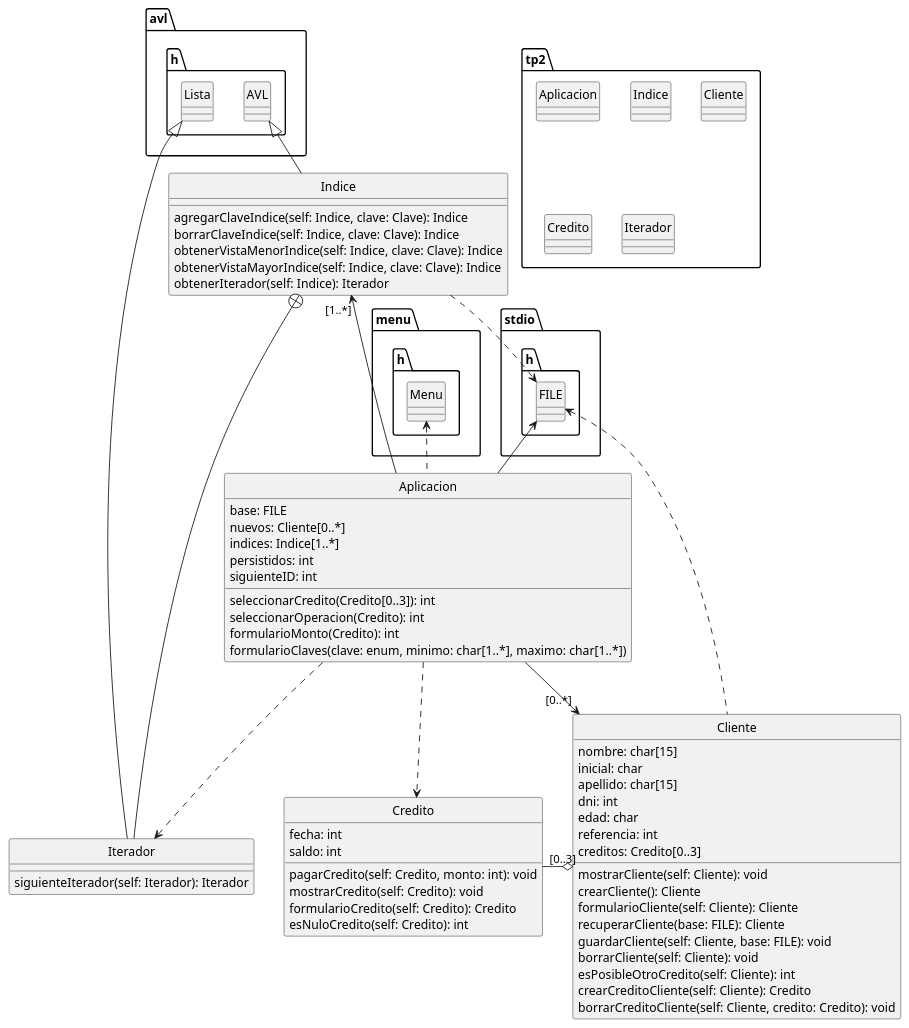
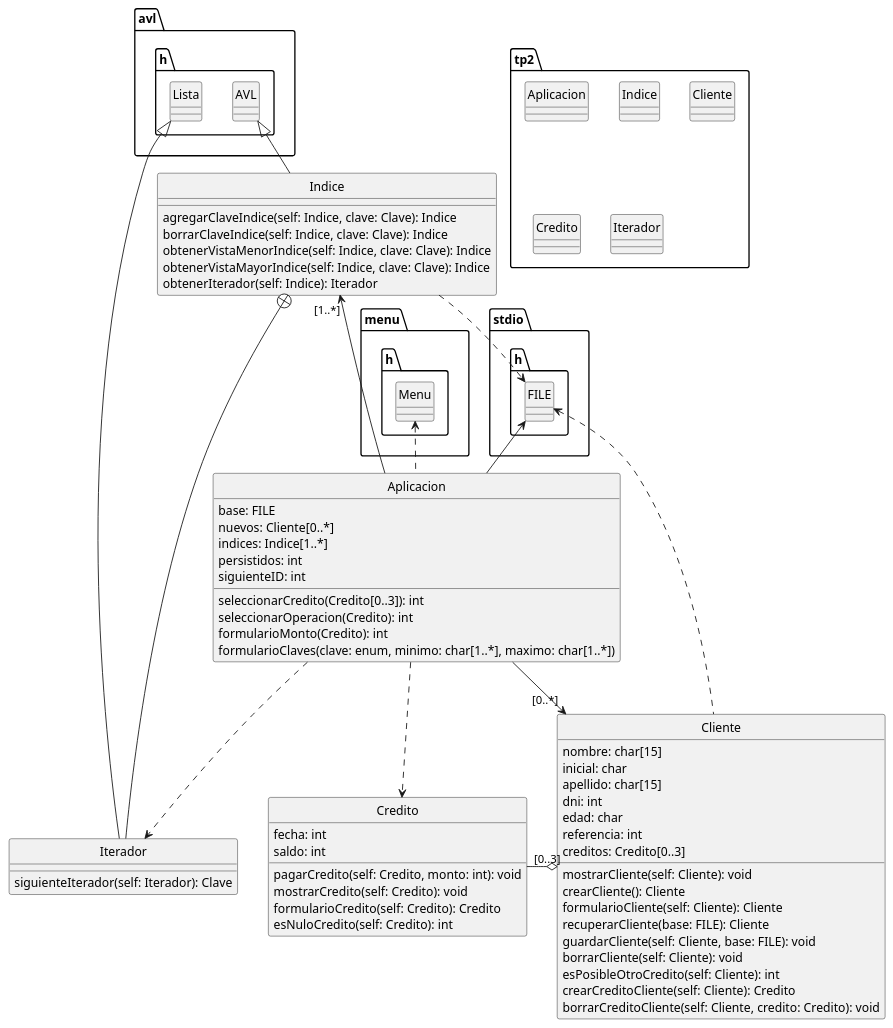
Before and after one commit to HeraclitoDeEfeso/TP-final-parte-2: the diagram in diagrama.puml, drawn with PlantUML. The commit also changed 3 other files, not shown here.

Commit message:
Indice: documentación, UML

```diff
--- a/diagrama.puml
+++ b/diagrama.puml
@@ -1,91 +1,91 @@
 @startuml
 
 package tp2 <<Folder>> {
     class Aplicacion
     class Indice
     class Cliente
     class Credito
     class Iterador
 }
 
 package stdio.h <<Folder>> {
     class FILE
 }
 
 package avl.h <<Folder>> {
     class AVL
     class Lista
 }
 
 package menu.h <<Folder>> {
     class Menu
 }
 
 class Aplicacion {
 	base: FILE
 	nuevos: Cliente[0..*]
 	indices: Indice[1..*]
 	persistidos: int
 	siguienteID: int
 	seleccionarCredito(Credito[0..3]): int
 	seleccionarOperacion(Credito): int
 	formularioMonto(Credito): int
 	formularioClaves(clave: enum, minimo: char[1..*], maximo: char[1..*])
 }
 
 class Cliente {
 	nombre: char[15]
  	inicial: char
 	apellido: char[15]
 	dni: int
 	edad: char
 	referencia: int
 	creditos: Credito[0..3]
 	mostrarCliente(self: Cliente): void
 	crearCliente(): Cliente
 	formularioCliente(self: Cliente): Cliente
 	recuperarCliente(base: FILE): Cliente
 	guardarCliente(self: Cliente, base: FILE): void
 	borrarCliente(self: Cliente): void
 	esPosibleOtroCredito(self: Cliente): int
 	crearCreditoCliente(self: Cliente): Credito
 	borrarCreditoCliente(self: Cliente, credito: Credito): void
 }
 
 class Credito {
 	fecha: int
   	saldo: int
 	pagarCredito(self: Credito, monto: int): void
 	mostrarCredito(self: Credito): void
 	formularioCredito(self: Credito): Credito
 	esNuloCredito(self: Credito): int
 }
 
 class Indice {
     agregarClaveIndice(self: Indice, clave: Clave): Indice
     borrarClaveIndice(self: Indice, clave: Clave): Indice
     obtenerVistaMenorIndice(self: Indice, clave: Clave): Indice
     obtenerVistaMayorIndice(self: Indice, clave: Clave): Indice
     obtenerIterador(self: Indice): Iterador
 }
 
 class Iterador {
-	siguienteIterador(self: Iterador): Iterador
+	siguienteIterador(self: Iterador): Clave
 }
 
 Aplicacion .up.> Menu
 Aplicacion -left-> "[1..*]" Indice
 Aplicacion -up-> FILE
 Aplicacion --> "[0..*]" Cliente
 Aplicacion ..> Credito
 Cliente o-left- "[0..3]" Credito
 Cliente .up.> FILE
 Indice ..> FILE
 Indice -up-|> AVL
 Indice +-down- Iterador
 Iterador -up-|> Lista
 Aplicacion ..> Iterador
 
 hide class circle
 
 @enduml
```
